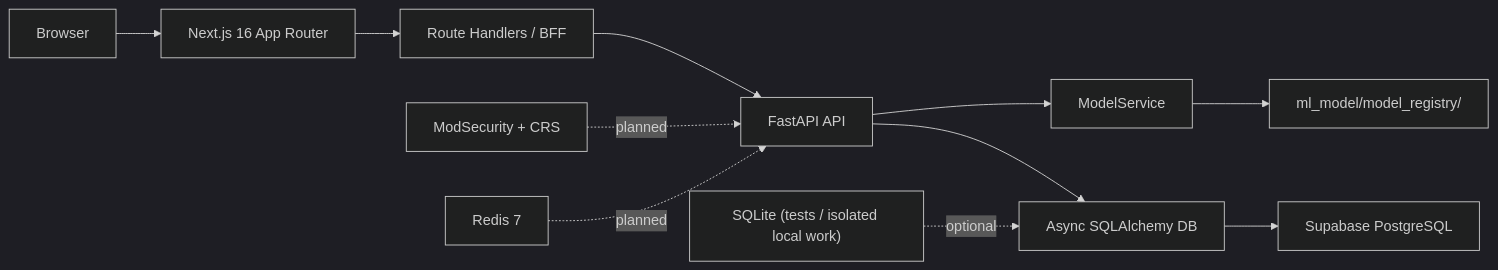
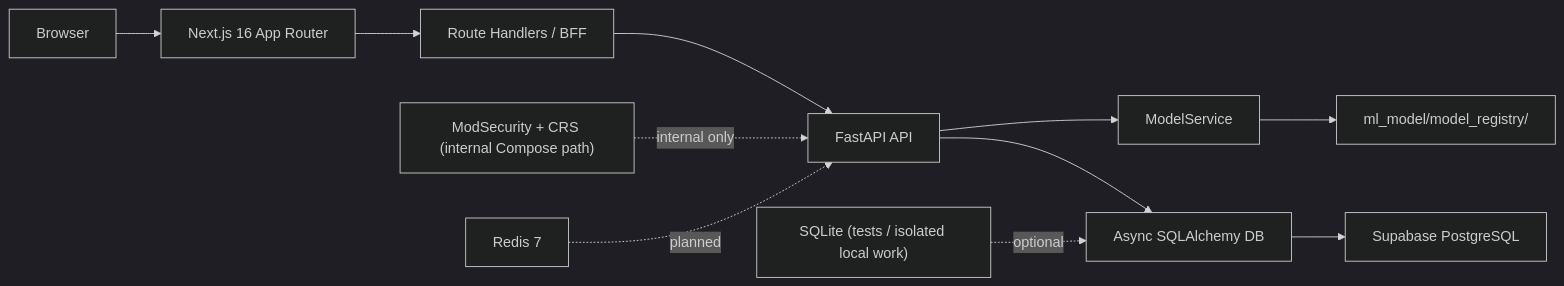
The diagram in docs/architecture.md (PooKYZZZ/injection-alert-system), drawn with Mermaid (dark theme) before and after one commit. The commit also changed other lines of this file and 9 other files, not shown here.

````diff
--- a/docs/architecture.md
+++ b/docs/architecture.md
@@ -9,14 +9,14 @@
 ```mermaid
 flowchart LR
     Browser["Browser"] --> Next["Next.js 16 App Router"]
     Next --> BFF["Route Handlers / BFF"]
     BFF --> FastAPI["FastAPI API"]
     FastAPI --> Model["ModelService"]
     FastAPI --> DB["Async SQLAlchemy DB"]
     Model --> Registry["ml_model/model_registry/"]
     DB --> Supabase["Supabase PostgreSQL"]
 
     SQLite["SQLite (tests / isolated local work)"] -. optional .-> DB
-    ModSec["ModSecurity + CRS"] -. planned .-> FastAPI
+    ModSec["ModSecurity + CRS (internal Compose path)"] -. internal only .-> FastAPI
     Redis["Redis 7"] -. planned .-> FastAPI
 ```
````
